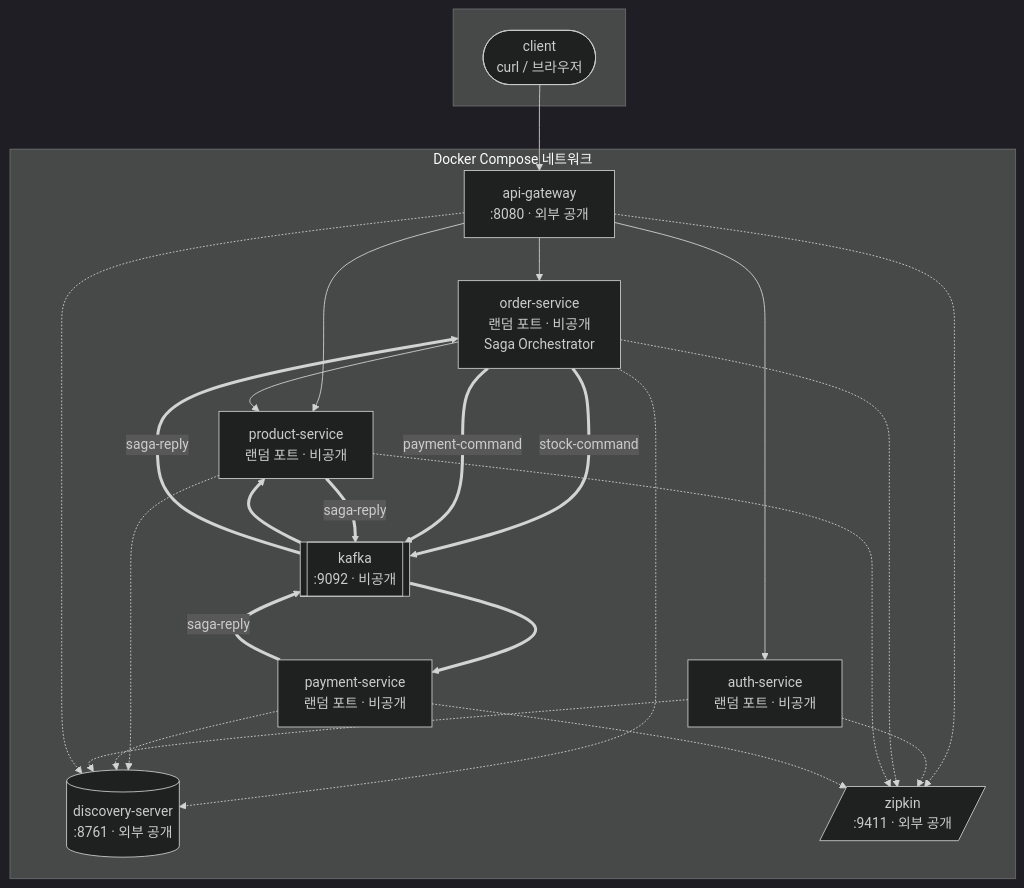
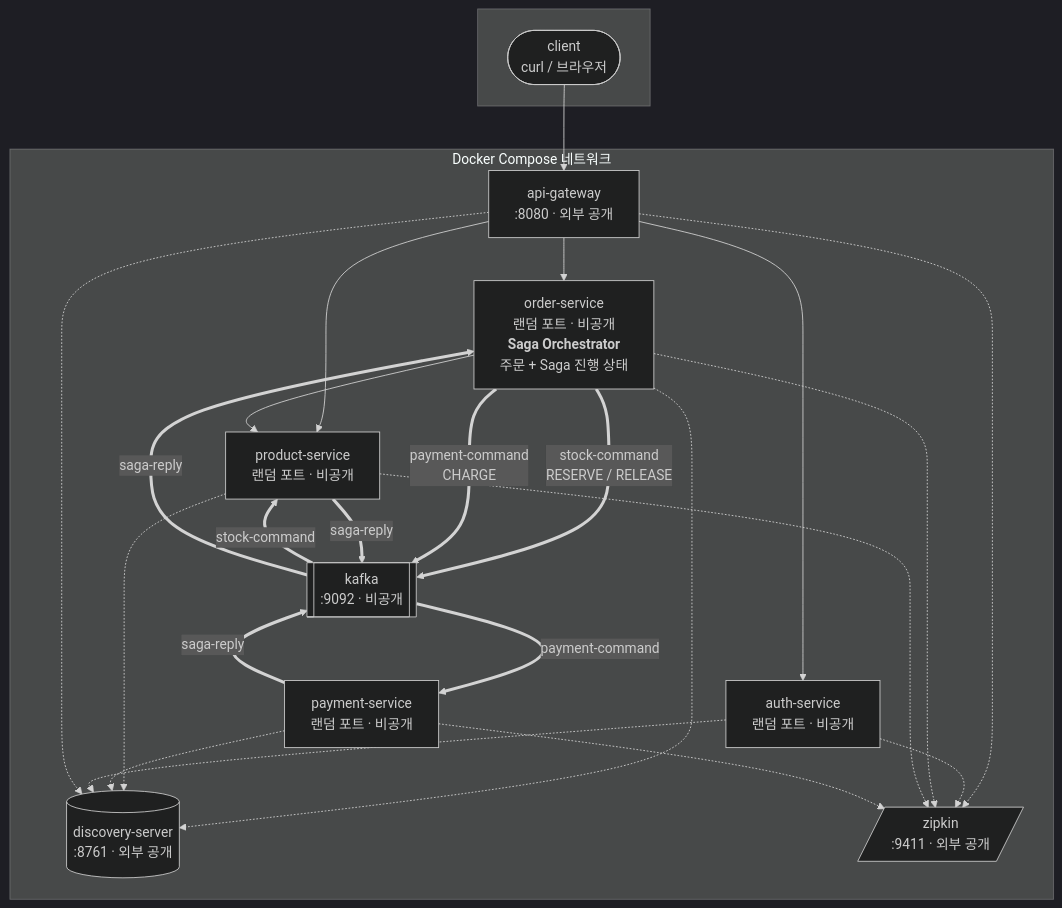
Before and after one commit to Jin-dev92/springboot-simple-msa: the first of 23 diagrams in docs/msa-learning-note.md, drawn with Mermaid (dark theme). The commit also changed other lines of this file and 1 other file, not shown here.

Commit message:
docs: 아키텍처 다이어그램에 오케스트레이션이 드러나게 고친다
이전 그림은 order-service 에서 stock-command 와 payment-command 화살표가
나란히 나가 있어 두 명령을 동시에 쏘는 것처럼 읽혔다. 실제로는 재고 응답을
받은 뒤에야 결제를 보낸다. '한 단계씩 결과를 보고 다음을 정한다'가
오케스트레이션의 핵심인데 그림이 정반대로 말하고 있었다.

README 다이어그램에 번호를 붙여 순서를 못박고, 라벨 없이 걸려 있던
kafka -> 참여자 화살표에 어느 명령인지 표시했다. 보상(RELEASE)은 언제
나가는지 조건을 함께 적었다. 오케스트레이터 노드에 Saga 진행 상태와
타임아웃 스위퍼를 드러냈다 - 둘 다 그림에 아예 없던 것이다.

범례의 '비동기 이벤트'도 '비동기 명령·응답'으로 고쳤다. 코레오그래피
시절 표현이 남아 있었다.

학습 노트 1절은 배포 구성도라 순서까지 넣으면 11절과 중복되므로,
라벨 모호함만 걷어내고 '동시에 나가지 않는다'는 한 줄을 덧붙였다.

````diff
--- a/docs/msa-learning-note.md
+++ b/docs/msa-learning-note.md
@@ -46,42 +46,42 @@
 ```mermaid
 flowchart TB
     subgraph outside [" "]
         client(["client<br/>curl / 브라우저"])
     end
 
     subgraph net ["Docker Compose 네트워크"]
         gateway["api-gateway<br/>:8080 · 외부 공개"]
         auth["auth-service<br/>랜덤 포트 · 비공개"]
-        order["order-service<br/>랜덤 포트 · 비공개<br/>Saga Orchestrator"]
+        order["order-service<br/>랜덤 포트 · 비공개<br/><b>Saga Orchestrator</b><br/>주문 + Saga 진행 상태"]
         product["product-service<br/>랜덤 포트 · 비공개"]
         payment["payment-service<br/>랜덤 포트 · 비공개"]
         eureka[("discovery-server<br/>:8761 · 외부 공개")]
         kafka[["kafka<br/>:9092 · 비공개"]]
         zipkin[/"zipkin<br/>:9411 · 외부 공개"/]
     end
 
     client --> gateway
     gateway --> auth
     gateway --> order
     gateway --> product
     order --> product
-    order ==>|"stock-command"| kafka
-    order ==>|"payment-command"| kafka
-    kafka ==> product
-    kafka ==> payment
+    order ==>|"stock-command<br/>RESERVE / RELEASE"| kafka
+    order ==>|"payment-command<br/>CHARGE"| kafka
+    kafka ==>|"stock-command"| product
+    kafka ==>|"payment-command"| payment
     product ==>|"saga-reply"| kafka
     payment ==>|"saga-reply"| kafka
     kafka ==>|"saga-reply"| order
 
     order -.-> eureka
     product -.-> eureka
     payment -.-> eureka
     auth -.-> eureka
     gateway -.-> eureka
 
     gateway -.-> zipkin
     auth -.-> zipkin
     order -.-> zipkin
     product -.-> zipkin
     payment -.-> zipkin
 ```
````
